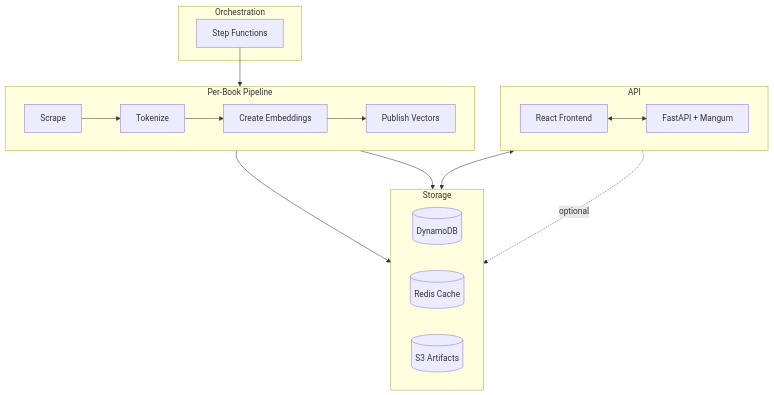
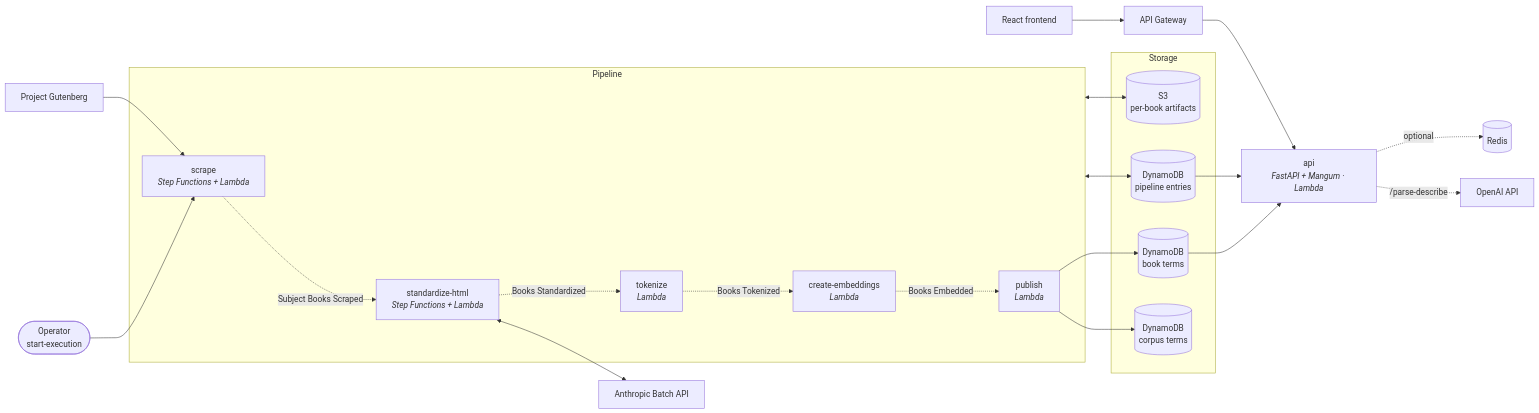
Before and after one commit to areebms/embedding-analytics: the diagram in README.md, drawn with Mermaid. The commit also changed other lines of this file and 22 other files, not shown here.

````diff
--- a/README.md
+++ b/README.md
@@ -46,29 +33,37 @@
 ```mermaid
-graph TD
-    subgraph Orchestration
-        SF[Step Functions]
+flowchart LR
+    OP([Operator<br/>start-execution]) --> SCR
+    GUT[Project Gutenberg] --> SCR
+
+    subgraph Pipeline
+        SCR["scrape<br/><i>Step Functions + Lambda</i>"]
+        STD["standardize-html<br/><i>Step Functions + Lambda</i>"]
+        TOK["tokenize<br/><i>Lambda</i>"]
+        EMB["create-embeddings<br/><i>Lambda</i>"]
+        PUB["publish<br/><i>Lambda</i>"]
+        SCR -. Subject Books Scraped .-> STD
+        STD -. Books Standardized .-> TOK
+        TOK -. Books Tokenized .-> EMB
+        EMB -. Books Embedded .-> PUB
     end
 
-    subgraph API
-        direction LR
-        UI[React Frontend] <--> FAPI[FastAPI + Mangum]
+    STD <--> ANT[Anthropic Batch API]
+
+    subgraph Storage
+        S3[(S3<br/>per-book artifacts)]
+        PE[(DynamoDB<br/>pipeline entries)]
+        BT[(DynamoDB<br/>book terms)]
+        CT[(DynamoDB<br/>corpus terms)]
     end
 
-    subgraph Storage
-        direction LR
-        DDB[(DynamoDB)]
-        RED[(Redis Cache)]
-        S3[(S3 Artifacts)]
-    end
+    Pipeline <--> S3
+    Pipeline <--> PE
+    PUB --> BT
+    PUB --> CT
 
-    subgraph Pipeline [Per-Book Pipeline]
-        direction LR
-        SCR[Scrape] --> TOK[Tokenize] --> EMB[Create Embeddings] --> PUB[Publish Vectors]
-    end
-
-    SF --> Pipeline
-    Pipeline --> S3
-    PUB --> DDB
-    FAPI <--> DDB
-    FAPI -. optional .-> RED
+    BT --> API
+    PE --> API
+    UI[React frontend] --> GW[API Gateway] --> API["api<br/><i>FastAPI + Mangum · Lambda</i>"]
+    API -. optional .-> RED[(Redis)]
+    API -. /parse-describe .-> OAI[OpenAI API]
 ```
````
